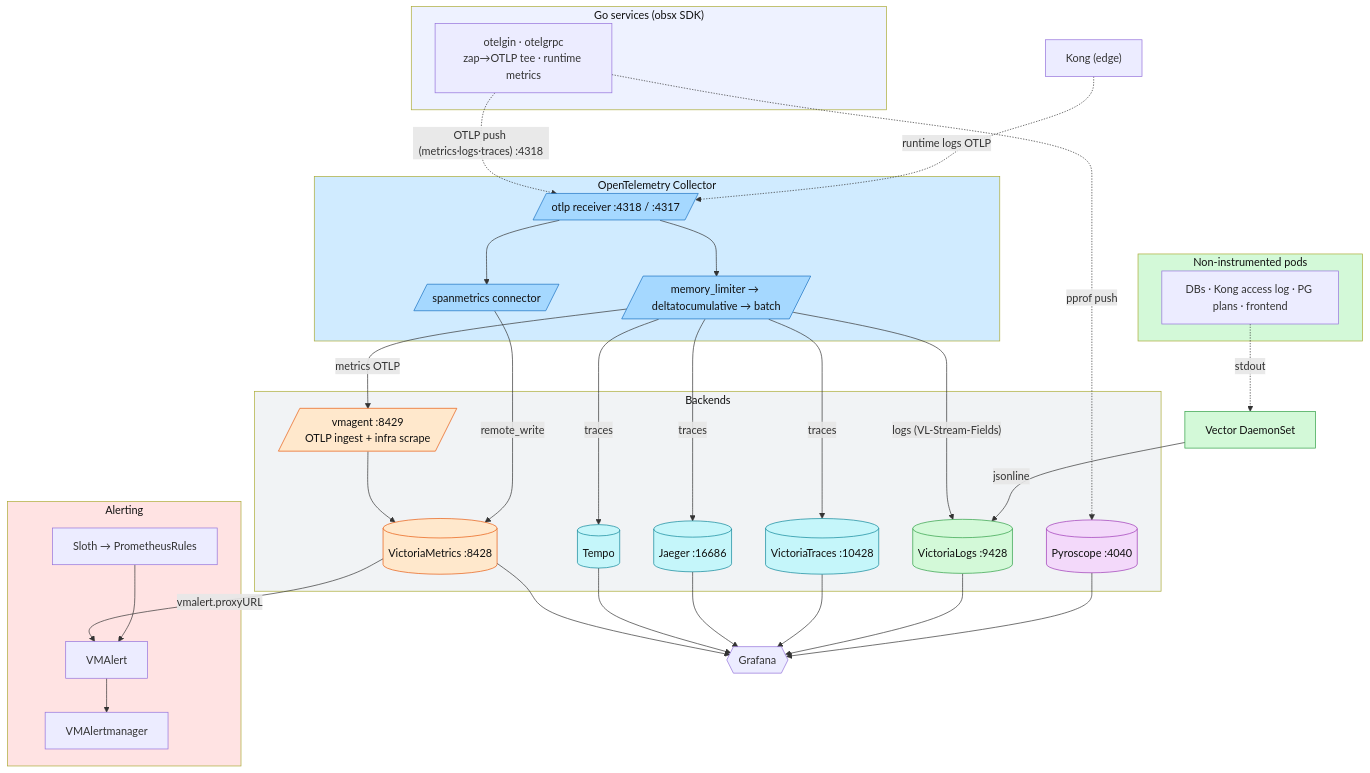
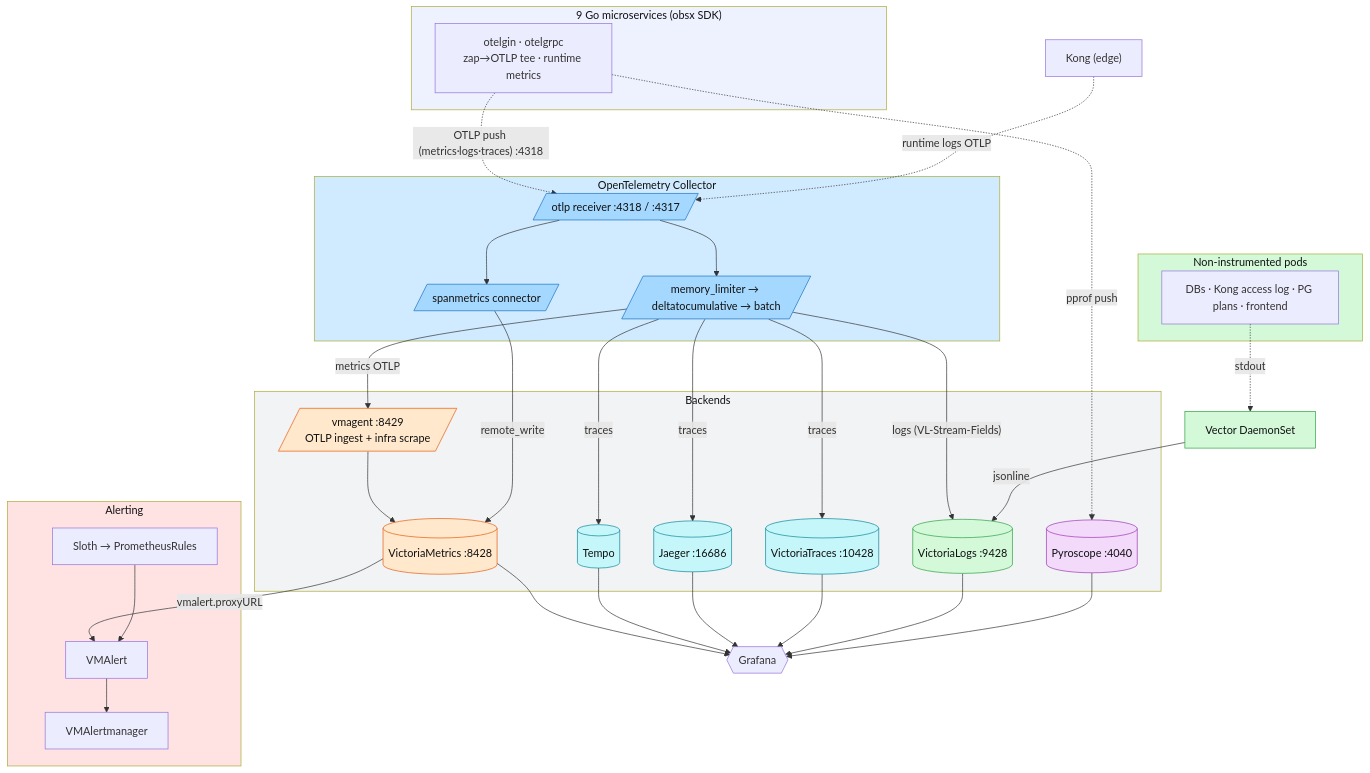
One commit to duynhlab/homelab changed the first of 5 diagrams in docs/observability/README.md. Above: the diagram before and after it, drawn with Mermaid.

Commit message:
Label the fleet 9 microservices in Architecture diagram (#483)

````diff
--- a/docs/observability/README.md
+++ b/docs/observability/README.md
@@ -14,76 +14,76 @@
 ```mermaid
 flowchart TB
-    subgraph apps["Go services (obsx SDK)"]
+    subgraph apps["9 Go microservices (obsx SDK)"]
         SVC["otelgin · otelgrpc<br/>zap→OTLP tee · runtime metrics"]
     end
     subgraph infra["Non-instrumented pods"]
         INF["DBs · Kong access log · PG plans · frontend"]
     end
 
     subgraph col["OpenTelemetry Collector"]
         RCV[/"otlp receiver :4318 / :4317"/]
         PROC[/"memory_limiter → deltatocumulative → batch"/]
         SM[/"spanmetrics connector"/]
         RCV --> PROC
         RCV --> SM
     end
 
     VEC["Vector DaemonSet"]
 
     subgraph be["Backends"]
         VMAgent[/"vmagent :8429<br/>OTLP ingest + infra scrape"/]
         VMSingle[("VictoriaMetrics :8428")]
         Tempo[("Tempo")]
         Jaeger[("Jaeger :16686")]
         VT[("VictoriaTraces :10428")]
         VLogs[("VictoriaLogs :9428")]
         Pyro[("Pyroscope :4040")]
     end
 
     subgraph alert["Alerting"]
         VMAlert["VMAlert"]
         VMAM["VMAlertmanager"]
         Sloth["Sloth → PrometheusRules"]
     end
 
     Grafana{{"Grafana"}}
 
     SVC -.->|"OTLP push (metrics·logs·traces) :4318"| RCV
     SVC -.->|"pprof push"| Pyro
     INF -.->|"stdout"| VEC
     Kong["Kong (edge)"] -.->|"runtime logs OTLP"| RCV
 
     PROC -->|"metrics OTLP"| VMAgent --> VMSingle
     SM -->|"remote_write"| VMSingle
     PROC -->|"traces"| Tempo
     PROC -->|"traces"| Jaeger
     PROC -->|"traces"| VT
     PROC -->|"logs (VL-Stream-Fields)"| VLogs
     VEC -->|"jsonline"| VLogs
 
     VMSingle --> Grafana
     Tempo --> Grafana
     Jaeger --> Grafana
     VT --> Grafana
     VLogs --> Grafana
     Pyro --> Grafana
 
     VMSingle -->|"vmalert.proxyURL"| VMAlert --> VMAM
     Sloth --> VMAlert
 
     classDef metric fill:#ffe8cc,stroke:#e8590c,color:#111;
     classDef log fill:#d3f9d8,stroke:#2f9e44,color:#111;
     classDef trace fill:#c5f6fa,stroke:#0c8599,color:#111;
     classDef profile fill:#f3d9fa,stroke:#9c36b5,color:#111;
     classDef otc fill:#a5d8ff,stroke:#1971c2,color:#111;
     class RCV,PROC,SM otc;
     class VMSingle,VMAgent metric;
     class VLogs,VEC log;
     class Tempo,Jaeger,VT trace;
     class Pyro profile;
     style apps fill:#eef2ff,color:#111;
     style infra fill:#d3f9d8,color:#111;
     style col fill:#d0ebff,color:#111;
     style be fill:#f1f3f5,color:#111;
     style alert fill:#ffe3e3,color:#111;
 ```
````
